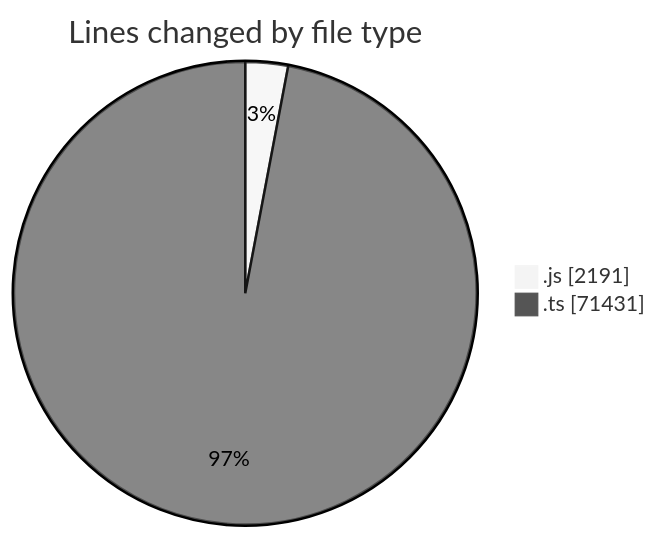
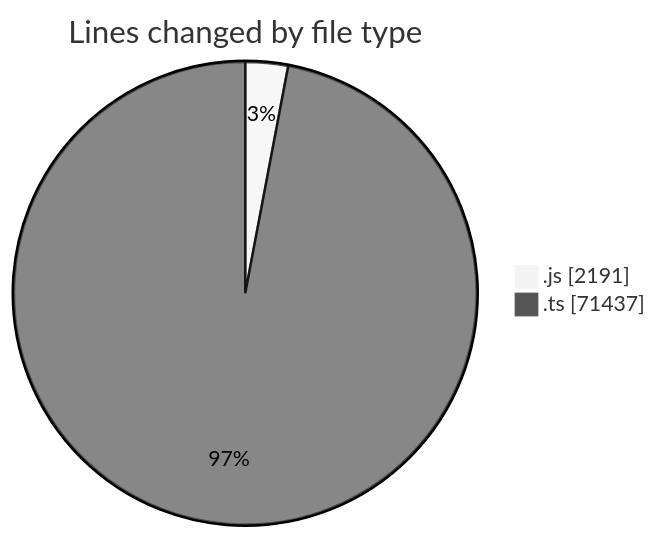
Before and after one commit to momahboobian/code-tracking: the first of 2 diagrams in 2025-06-19/cda/README.md, drawn with Mermaid (neutral theme). The commit also changed other lines of this file and 1 other file, not shown here.

````diff
--- a/2025-06-19/cda/README.md
+++ b/2025-06-19/cda/README.md
@@ -38,6 +38,6 @@
 ```mermaid
 pie showData
 title Lines changed by file type
 ".js" : 2191
-".ts" : 71431
+".ts" : 71437
 ```
````
